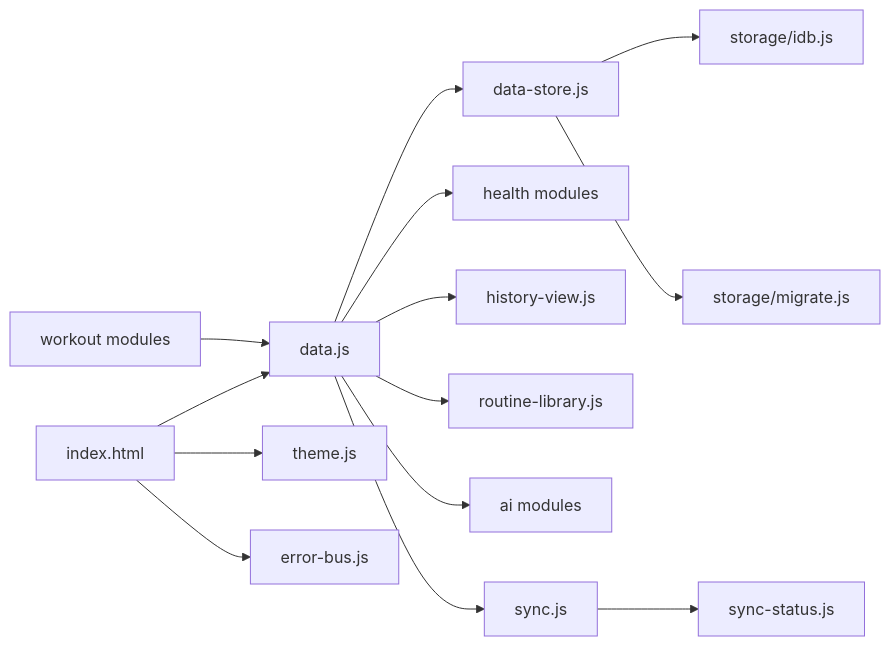
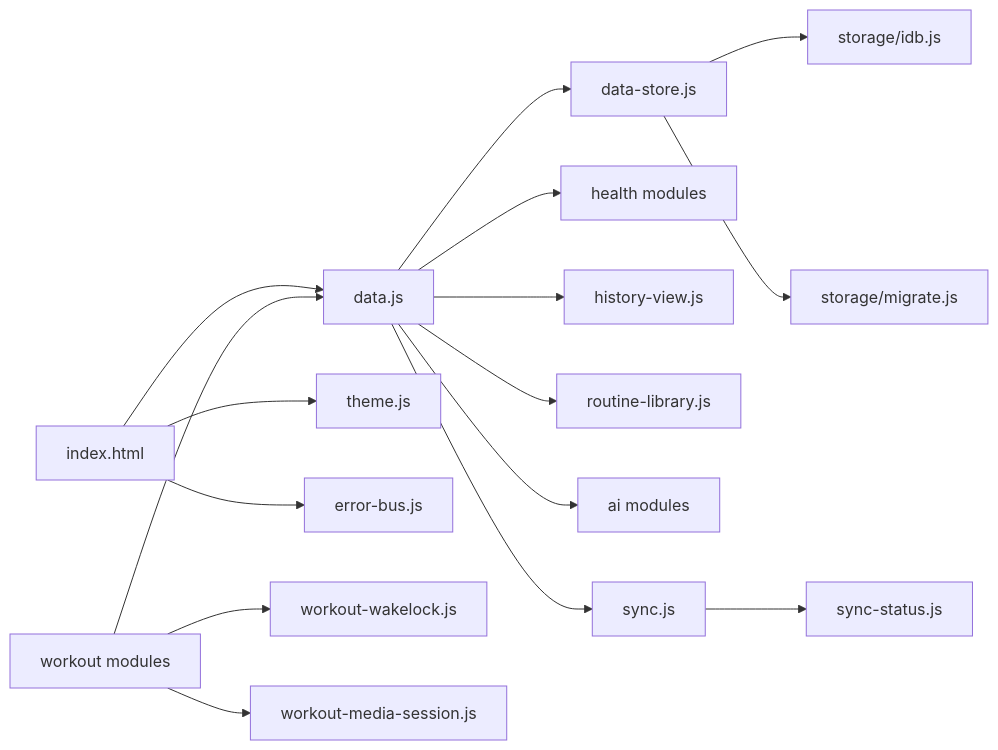
The second of 3 diagrams in ARCHITECTURE.md (onestao/rehab), drawn with Mermaid before and after one commit. The commit also changed other lines of this file and 17 other files, not shown here.

First line of the commit message:
feat(p2): wake lock, media session and sync resilience

````diff
--- a/ARCHITECTURE.md
+++ b/ARCHITECTURE.md
@@ -46,16 +50,18 @@
 ```mermaid
 graph LR
     UI[index.html] --> DATA[data.js]
     UI --> THEME[theme.js]
     UI --> ERR[error-bus.js]
     DATA --> STORE[data-store.js]
     STORE --> IDB[storage/idb.js]
     STORE --> MIG[storage/migrate.js]
     DATA --> HEALTH[health modules]
     DATA --> HISTORY[history-view.js]
     DATA --> ROUTINES[routine-library.js]
     DATA --> AI[ai modules]
     DATA --> SYNC[sync.js]
     WORKOUT[workout modules] --> DATA
+    WORKOUT --> WL[workout-wakelock.js]
+    WORKOUT --> MS[workout-media-session.js]
     SYNC --> STATUS[sync-status.js]
 ```
````
